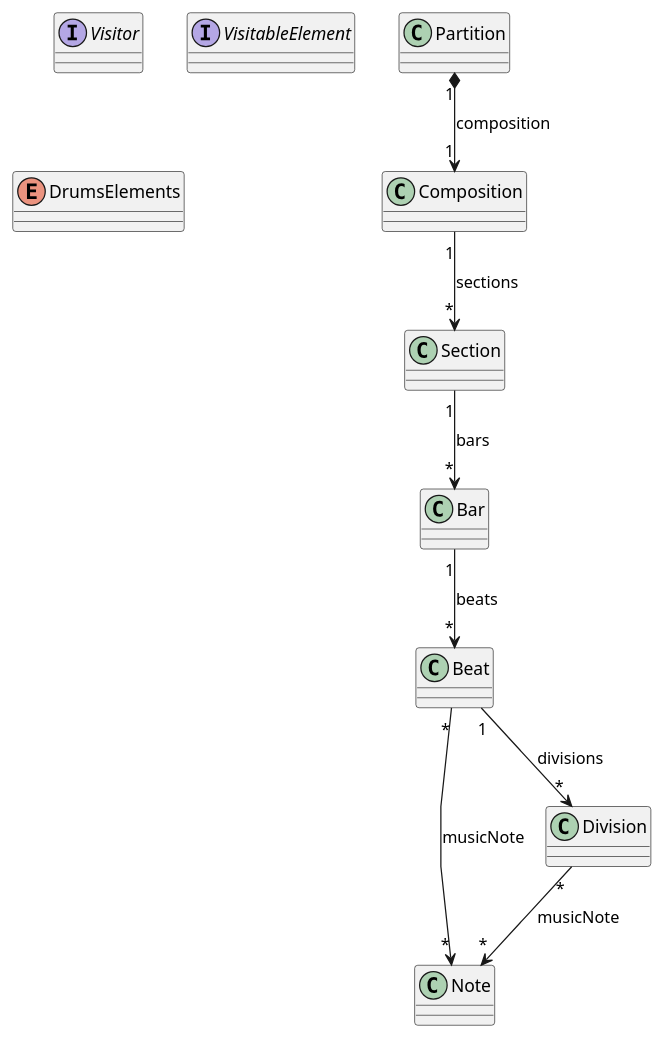
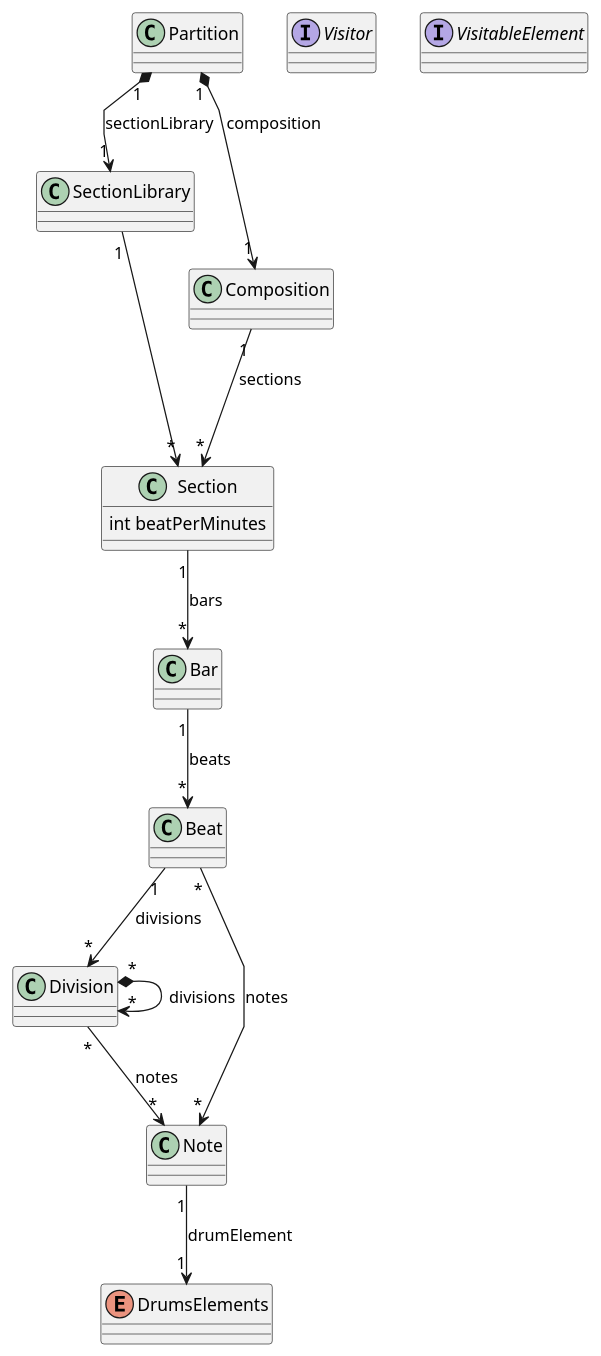
One commit to alexisgra/Rythm-ML changed the diagram in kernel/kernel.plantuml. Above: the diagram before and after it, drawn with PlantUML.

Commit message:
Update plantuml

```diff
--- a/kernel/kernel.plantuml
+++ b/kernel/kernel.plantuml
@@ -1,49 +1,56 @@
 @startuml
 skinparam linetype polyline
 
 
 Interface Visitor{
 }
 Interface VisitableElement{
 }
 
 class Partition {
 }
+class SectionLibrary {
+
+}
 
 ' Tracks
 class Note {
 }
 
 ' TemporalGrid
 class Composition {
 }
 class Section {
+int beatPerMinutes
 }
 class Bar {
 }
 class Beat {
 }
 class Division {
 }
 
 
 
 ' Enum Declaration
 enum DrumsElements {
 
 }
 
 ' All attributes
 
 Partition "1" *--> "1" Composition : composition
-
+Partition "1" *--> "1" SectionLibrary : sectionLibrary
+SectionLibrary "1" ---> "*" Section
 
 ' Grid
 Composition "1" --> "*" Section : sections
 Section "1" --> "*" Bar : bars
 Bar "1" --> "*" Beat : beats
 Beat "1" --> "*" Division : divisions
-Beat "*" --> "*" Note : musicNote
-Division "*" --> "*" Note : musicNote
+Beat "*" --> "*" Note : notes
+Division "*" *-> "*" Division : divisions
+Division "*" --> "*" Note : notes
+Note "1" --> "1" DrumsElements : drumElement
 
 @enduml
```
